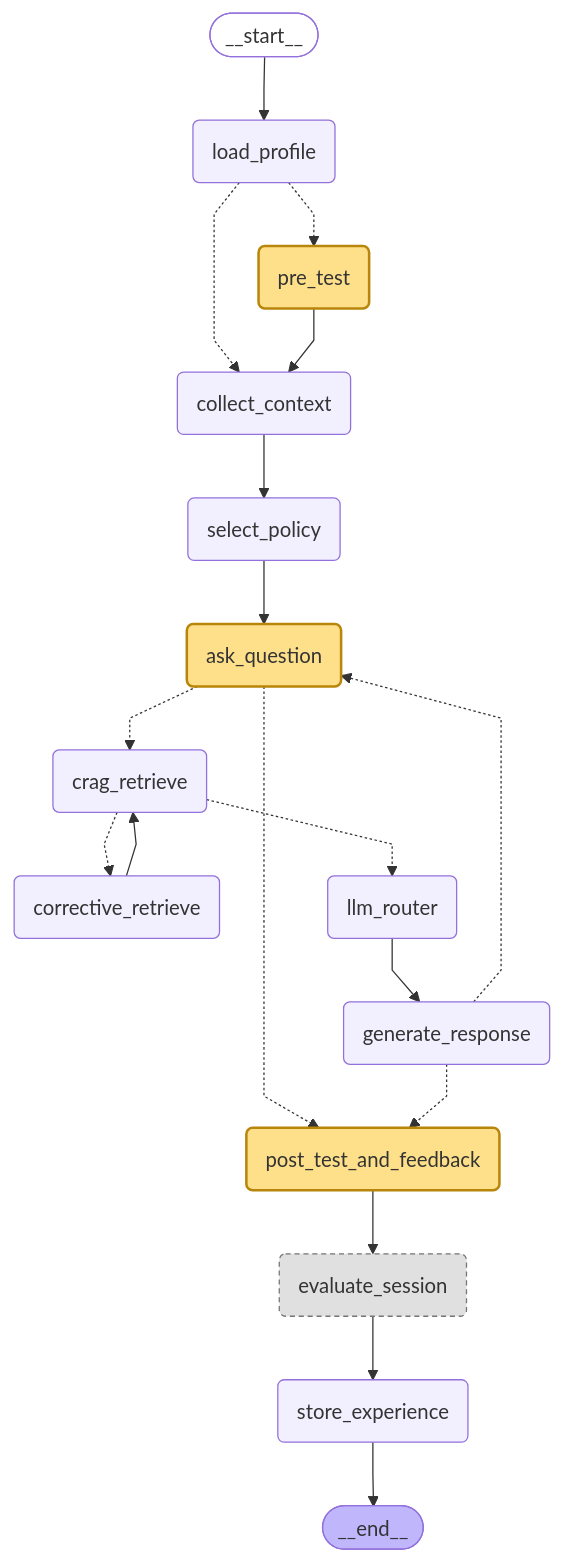
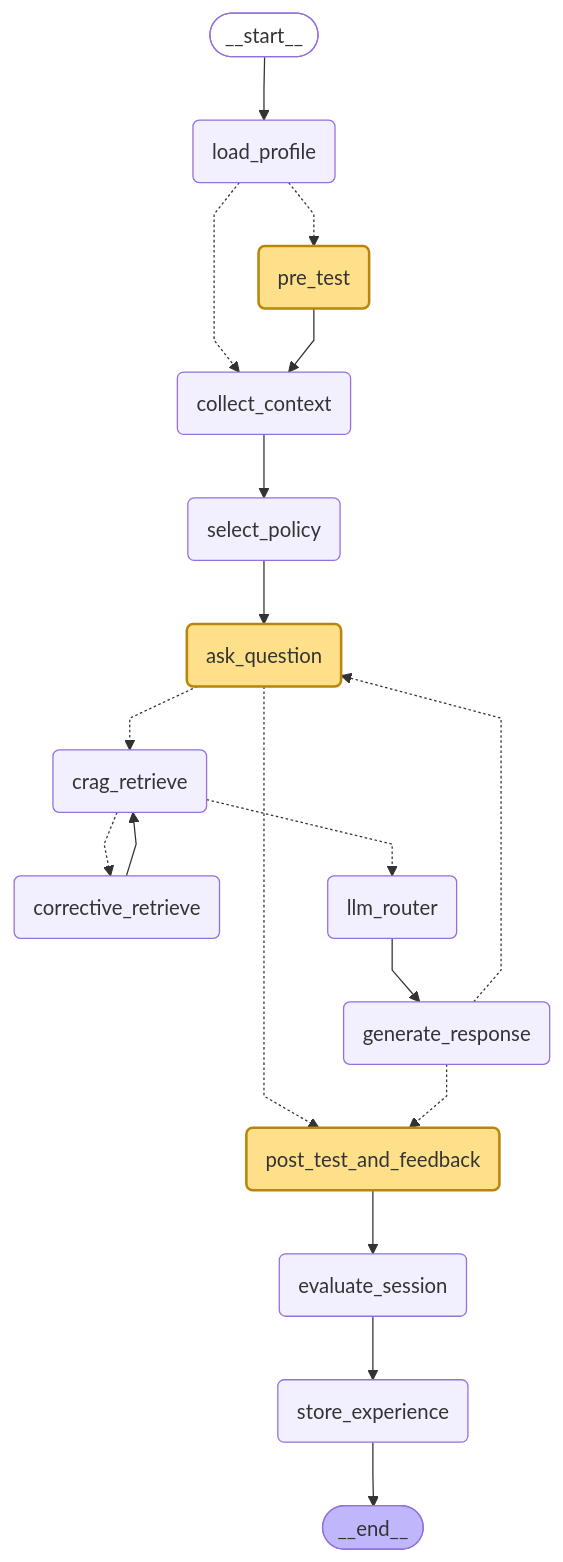
The diagram in docs/agent_graph.md (Sam3420/QoE-Aware-Self-Adaptive-Hybrid-Edge-Cloud-Educational-RAG-Assistant), drawn with Mermaid before and after one commit. The commit also changed 78 other files, not shown here.

````diff
--- a/docs/agent_graph.md
+++ b/docs/agent_graph.md
@@ -6,46 +6,45 @@
 ```mermaid
 ---
 config:
   flowchart:
     curve: linear
 ---
 graph TD;
 	__start__([<p>__start__</p>]):::first
 	load_profile(load_profile)
 	pre_test(pre_test)
 	collect_context(collect_context)
 	select_policy(select_policy)
 	ask_question(ask_question)
 	crag_retrieve(crag_retrieve)
 	corrective_retrieve(corrective_retrieve)
 	llm_router(llm_router)
 	generate_response(generate_response)
 	post_test_and_feedback(post_test_and_feedback)
 	evaluate_session(evaluate_session)
 	store_experience(store_experience)
 	__end__([<p>__end__</p>]):::last
 	__start__ --> load_profile;
 	ask_question -.-> crag_retrieve;
 	ask_question -.-> post_test_and_feedback;
 	collect_context --> select_policy;
 	corrective_retrieve --> crag_retrieve;
 	crag_retrieve -.-> corrective_retrieve;
 	crag_retrieve -.-> llm_router;
 	evaluate_session --> store_experience;
 	generate_response -.-> ask_question;
 	generate_response -.-> post_test_and_feedback;
 	llm_router --> generate_response;
 	load_profile -.-> collect_context;
 	load_profile -.-> pre_test;
 	post_test_and_feedback --> evaluate_session;
 	pre_test --> collect_context;
 	select_policy --> ask_question;
 	store_experience --> __end__;
 	classDef default fill:#f2f0ff,line-height:1.2
 	classDef first fill-opacity:0
 	classDef last fill:#bfb6fc
 	classDef interrupt fill:#ffe08a,stroke:#b8860b,stroke-width:2px
 	classDef stub fill:#e0e0e0,stroke:#757575,stroke-dasharray:4 3
 	class pre_test,ask_question,post_test_and_feedback interrupt
-	class evaluate_session stub
 ```
````
